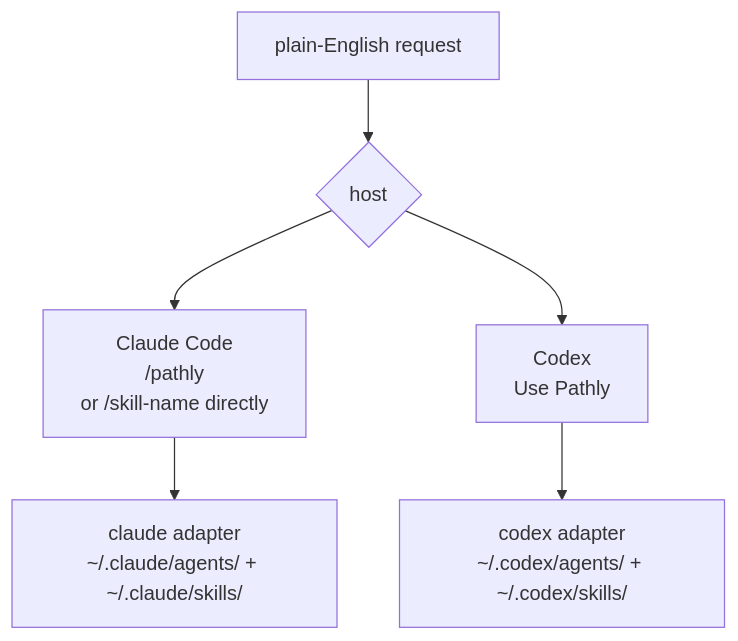
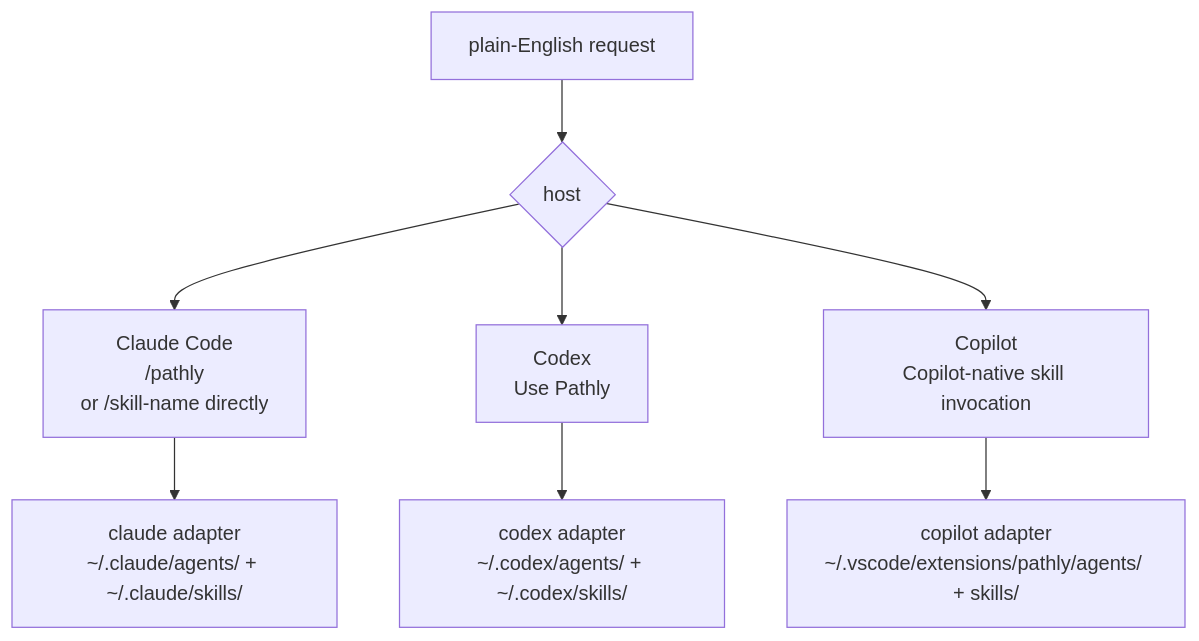
One commit to hamilton-sky/pathly-adapters changed the first of 2 diagrams in docs/FLOW_DIAGRAM.md. Above: the diagram before and after it, drawn with Mermaid. The commit also changed other lines of this file and 3 other files, not shown here.

Commit message:
feat(simplify-review): conv 1 — doc fixes (ARCHITECTURE, PATHLY_ARCHITECTURE, README, FLOW_DIAGRAM)

````diff
--- a/docs/FLOW_DIAGRAM.md
+++ b/docs/FLOW_DIAGRAM.md
@@ -15,9 +15,11 @@
 ```mermaid
 flowchart TD
     A[plain-English request] --> B{host}
     B --> CC["Claude Code\n/pathly <subcommand>\nor /skill-name directly"]
     B --> CX["Codex\nUse Pathly <request>"]
+    B --> CP["Copilot\nCopilot-native skill invocation"]
 
     CC --> CA[claude adapter\n~/.claude/agents/ + ~/.claude/skills/]
     CX --> XA[codex adapter\n~/.codex/agents/ + ~/.codex/skills/]
+    CP --> PA[copilot adapter\n~/.vscode/extensions/pathly/agents/ + skills/]
 ```
````
